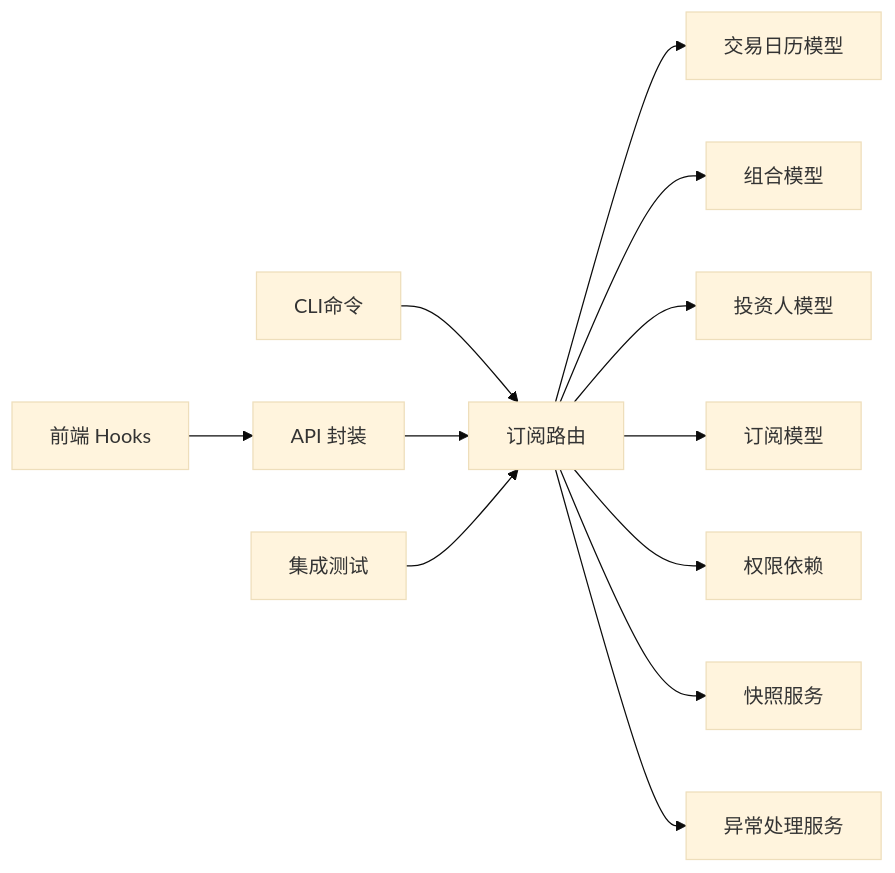
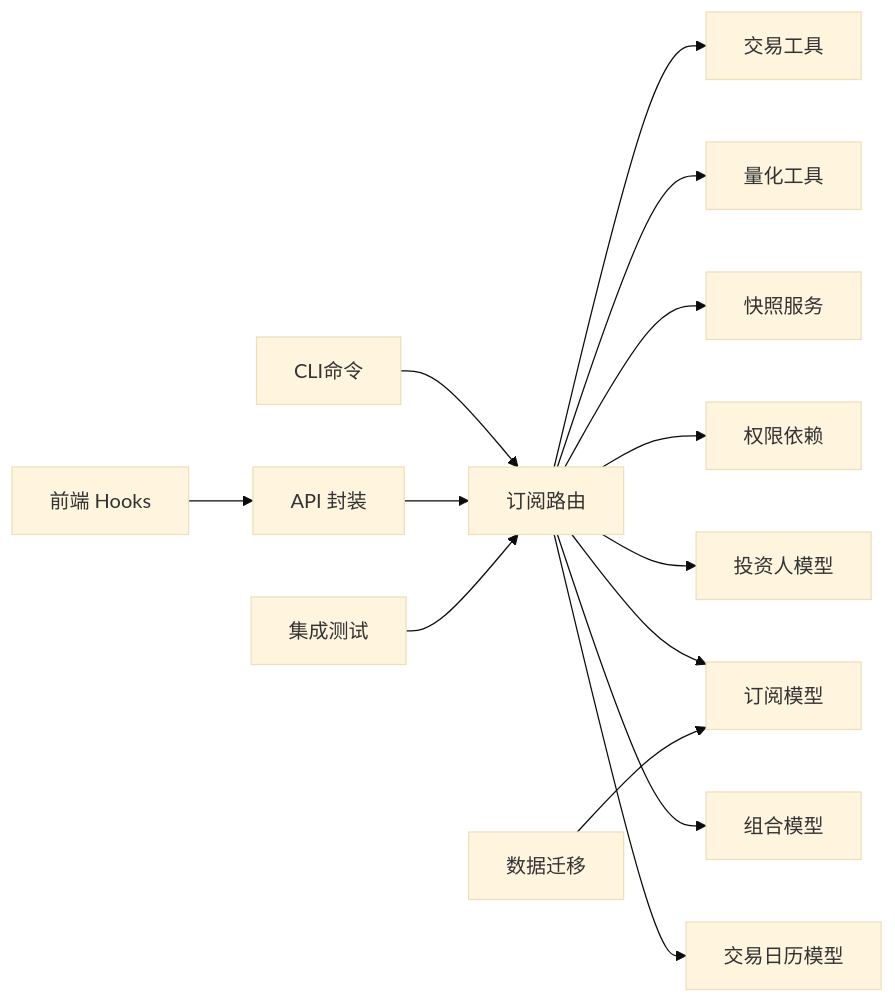
One commit to gujialind/InvestRing changed the seventh of 7 diagrams in .qoder/repowiki/zh/content/核心业务功能/订阅管理.md. Above: the diagram before and after it, drawn with Mermaid (base theme). The commit also changed other lines of this file and 19 other files, not shown here.

````diff
--- a/.qoder/repowiki/zh/content/核心业务功能/订阅管理.md
+++ b/.qoder/repowiki/zh/content/核心业务功能/订阅管理.md
@@ -457,14 +470,16 @@
 ```mermaid
 graph LR
 SubRouter["订阅路由"] --> CalModel["交易日历模型"]
 SubRouter --> PortModel["组合模型"]
 SubRouter --> InvModel["投资人模型"]
 SubRouter --> SubModel["订阅模型"]
 SubRouter --> Deps["权限依赖"]
 SubRouter --> SnapSvc["快照服务"]
-SubRouter --> ExSvc["异常处理服务"]
+SubRouter --> Quantize["量化工具"]
+SubRouter --> TradingUtils["交易工具"]
+DBMigration["数据迁移"] --> SubModel
 CLI["CLI命令"] --> SubRouter
 FEHooks["前端 Hooks"] --> FEAPI["API 封装"]
 FEAPI --> SubRouter
 Test["集成测试"] --> SubRouter
 ```
````
